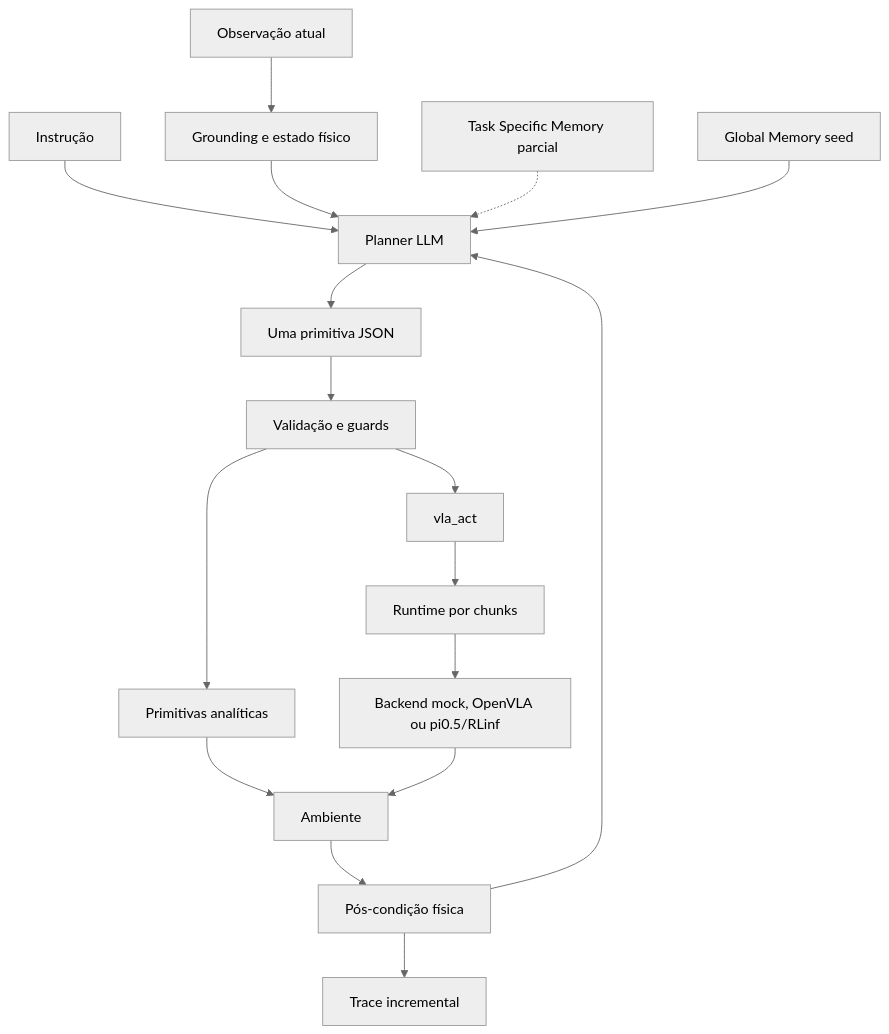
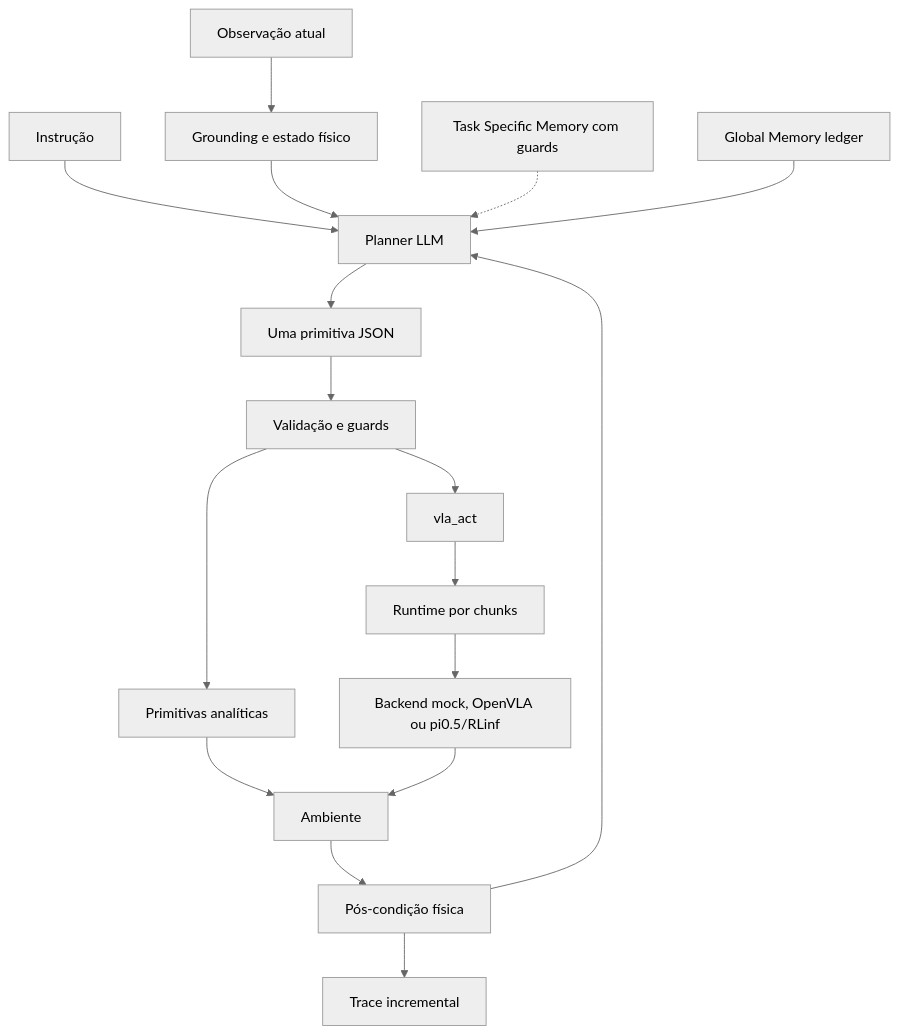
One commit to marcospaulo429/harness-vla changed the diagram in docs/HARNESS_VLA_BETA_REPORT.md. Above: the diagram before and after it, drawn with Mermaid (neutral theme). The commit also changed other lines of this file and 2 other files, not shown here.

````diff
--- a/docs/HARNESS_VLA_BETA_REPORT.md
+++ b/docs/HARNESS_VLA_BETA_REPORT.md
@@ -42,19 +43,19 @@
 ```mermaid
 flowchart TD
     U[Instrução] --> P[Planner LLM]
     O[Observação atual] --> G[Grounding e estado físico]
     G --> P
-    TM[Task Specific Memory parcial] -.-> P
-    GM[Global Memory seed] --> P
+    TM[Task Specific Memory com guards] -.-> P
+    GM[Global Memory ledger] --> P
     P --> J[Uma primitiva JSON]
     J --> V[Validação e guards]
     V --> A[Primitivas analíticas]
     V --> C[vla_act]
     C --> R[Runtime por chunks]
     R --> B[Backend mock, OpenVLA ou pi0.5/RLinf]
     A --> E[Ambiente]
     B --> E
     E --> Q[Pós-condição física]
     Q --> T[Trace incremental]
     Q --> P
 ```
````
